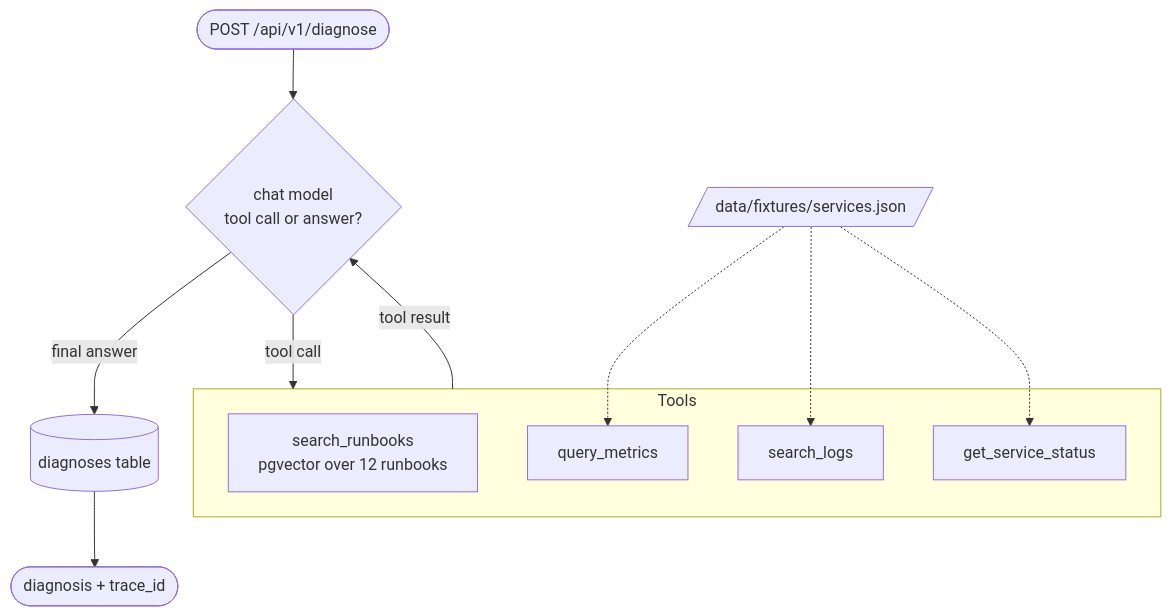
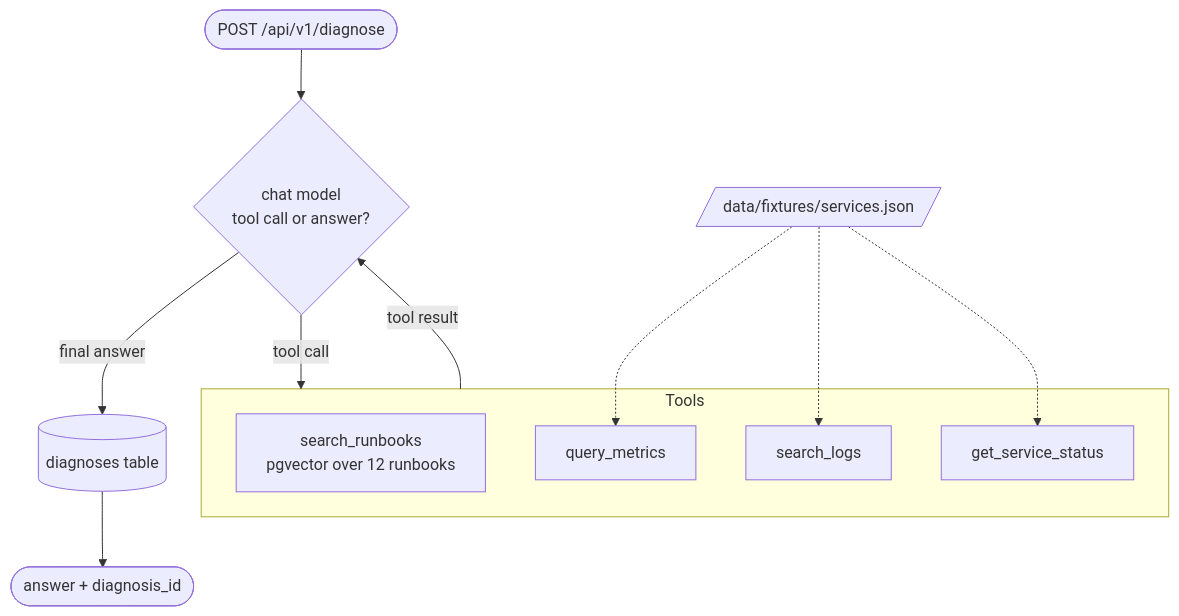
One commit to base-14/examples changed the diagram in python/ai-runbook-assistant/README.md. Above: the diagram before and after it, drawn with Mermaid. The commit also changed other lines of this file and 2 other files, not shown here.

````diff
--- a/python/ai-runbook-assistant/README.md
+++ b/python/ai-runbook-assistant/README.md
@@ -105,17 +113,17 @@
 ```mermaid
 flowchart TD
     req([POST /api/v1/diagnose]) --> llm
     llm{"chat model<br/>tool call or answer?"}
     llm -->|tool call| tools
     subgraph tools [Tools]
         search_runbooks["search_runbooks<br/>pgvector over 12 runbooks"]
         query_metrics["query_metrics"]
         search_logs["search_logs"]
         get_service_status["get_service_status"]
     end
     tools -->|tool result| llm
     llm -->|final answer| save[(diagnoses table)]
-    save --> resp([diagnosis + trace_id])
+    save --> resp([answer + diagnosis_id])
 
     fixtures[/data/fixtures/services.json/] -.-> query_metrics & search_logs & get_service_status
 ```
````
